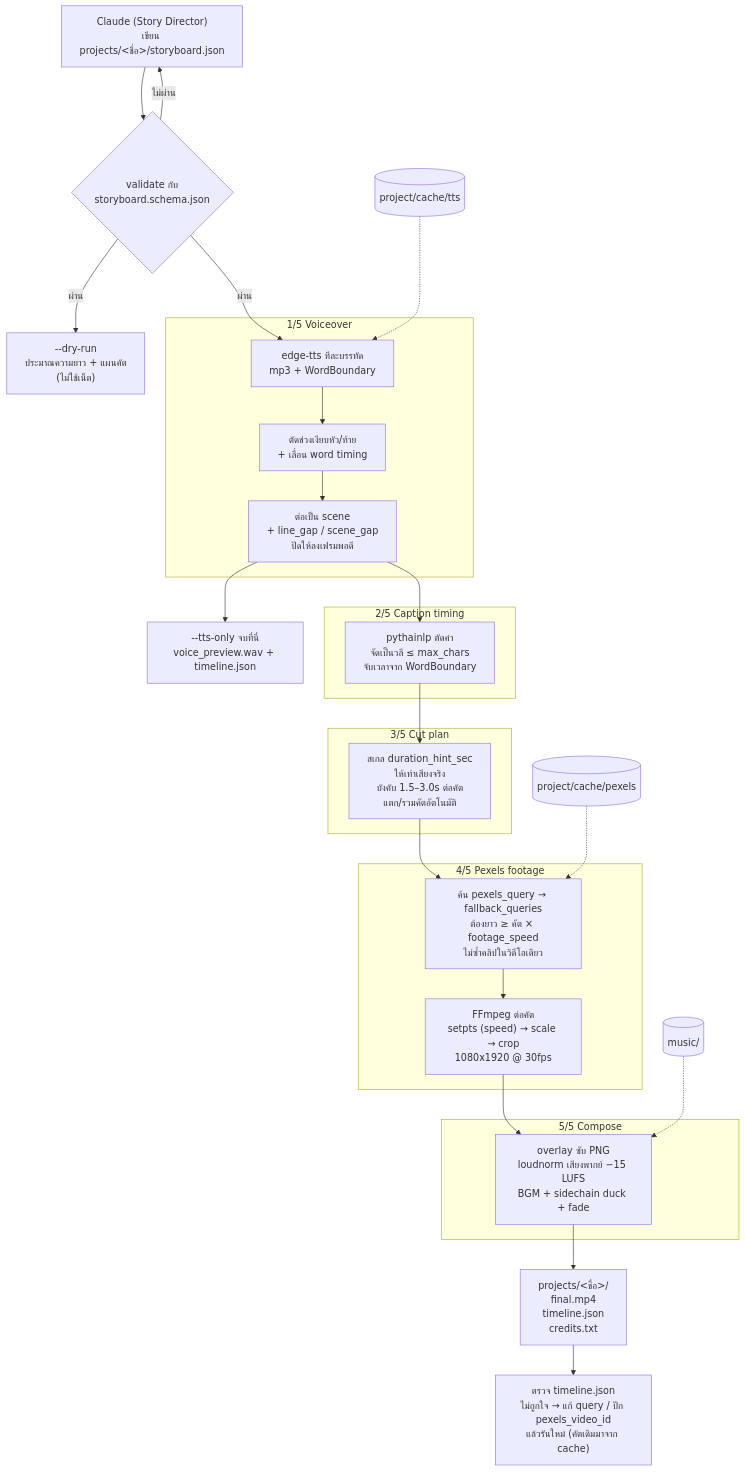
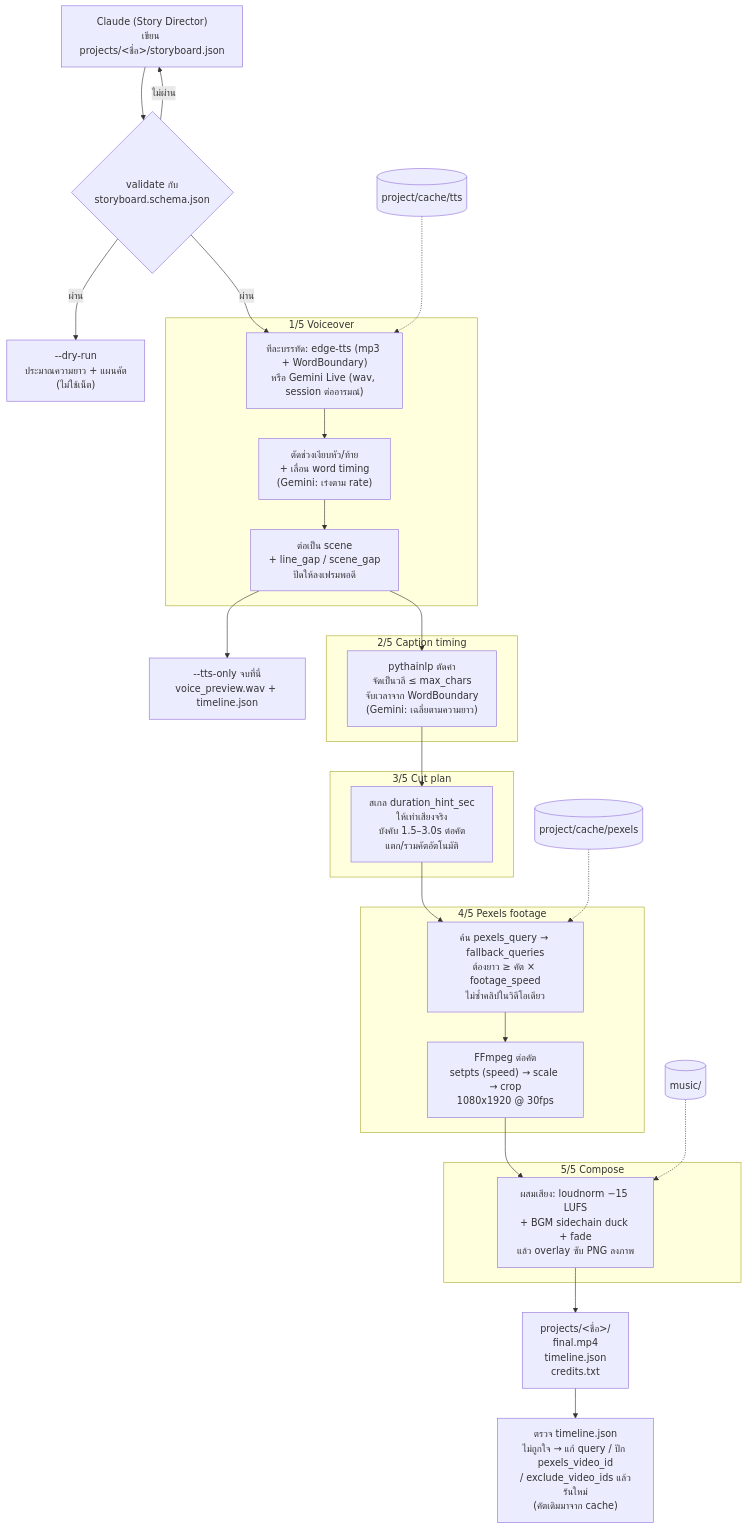
The diagram in docs/pipeline.md (kodchanat2/auto-shorts), drawn with Mermaid before and after one commit. The commit also changed other lines of this file and 2 other files, not shown here.

First line of the commit message:
docs: bring README and guides in line with Gemini voice and GUI

````diff
--- a/docs/pipeline.md
+++ b/docs/pipeline.md
@@ -7,38 +7,38 @@
 ```mermaid
 flowchart TD
     A["Claude (Story Director)<br/>เขียน projects/&lt;ชื่อ&gt;/storyboard.json"] --> B{"validate กับ<br/>storyboard.schema.json"}
     B -- ไม่ผ่าน --> A
     B -- ผ่าน --> DRY["--dry-run<br/>ประมาณความยาว + แผนคัต<br/>(ไม่ใช้เน็ต)"]
     B -- ผ่าน --> TTS
 
     subgraph S1["1/5 Voiceover"]
-        TTS["edge-tts ทีละบรรทัด<br/>mp3 + WordBoundary"] --> TRIM["ตัดช่วงเงียบหัว/ท้าย<br/>+ เลื่อน word timing"]
+        TTS["ทีละบรรทัด: edge-tts (mp3 + WordBoundary)<br/>หรือ Gemini Live (wav, session ต่ออารมณ์)"] --> TRIM["ตัดช่วงเงียบหัว/ท้าย<br/>+ เลื่อน word timing<br/>(Gemini: เร่งตาม rate)"]
         TRIM --> JOIN["ต่อเป็น scene<br/>+ line_gap / scene_gap<br/>ปัดให้ลงเฟรมพอดี"]
     end
 
     subgraph S2["2/5 Caption timing"]
-        CAP["pythainlp ตัดคำ<br/>จัดเป็นวลี ≤ max_chars<br/>จับเวลาจาก WordBoundary"]
+        CAP["pythainlp ตัดคำ<br/>จัดเป็นวลี ≤ max_chars<br/>จับเวลาจาก WordBoundary<br/>(Gemini: เฉลี่ยตามความยาว)"]
     end
 
     subgraph S3["3/5 Cut plan"]
         CUT["สเกล duration_hint_sec<br/>ให้เท่าเสียงจริง<br/>บังคับ 1.5–3.0s ต่อคัต<br/>แตก/รวมคัตอัตโนมัติ"]
     end
 
     subgraph S4["4/5 Pexels footage"]
         PX["ค้น pexels_query → fallback_queries<br/>ต้องยาว ≥ คัต × footage_speed<br/>ไม่ซ้ำคลิปในวิดีโอเดียว"] --> SEG["FFmpeg ต่อคัต<br/>setpts (speed) → scale → crop<br/>1080x1920 @ 30fps"]
     end
 
     subgraph S5["5/5 Compose"]
-        MUX["overlay ซับ PNG<br/>loudnorm เสียงพากย์ −15 LUFS<br/>BGM + sidechain duck + fade"]
+        MUX["ผสมเสียง: loudnorm −15 LUFS<br/>+ BGM sidechain duck + fade<br/>แล้ว overlay ซับ PNG ลงภาพ"]
     end
 
     JOIN --> PREV["--tts-only จบที่นี่<br/>voice_preview.wav + timeline.json"]
     JOIN --> CAP --> CUT --> PX
     SEG --> MUX
     MUX --> OUT["projects/&lt;ชื่อ&gt;/<br/>final.mp4<br/>timeline.json<br/>credits.txt"]
 
     C1[("project/cache/tts")] -.-> TTS
     C2[("project/cache/pexels")] -.-> PX
     M[("music/")] -.-> MUX
-    OUT --> REVIEW["ตรวจ timeline.json<br/>ไม่ถูกใจ → แก้ query / ปัก pexels_video_id<br/>แล้วรันใหม่ (คัตเดิมมาจาก cache)"]
+    OUT --> REVIEW["ตรวจ timeline.json<br/>ไม่ถูกใจ → แก้ query / ปัก pexels_video_id<br/>/ exclude_video_ids แล้วรันใหม่<br/>(คัตเดิมมาจาก cache)"]
 ```
````
